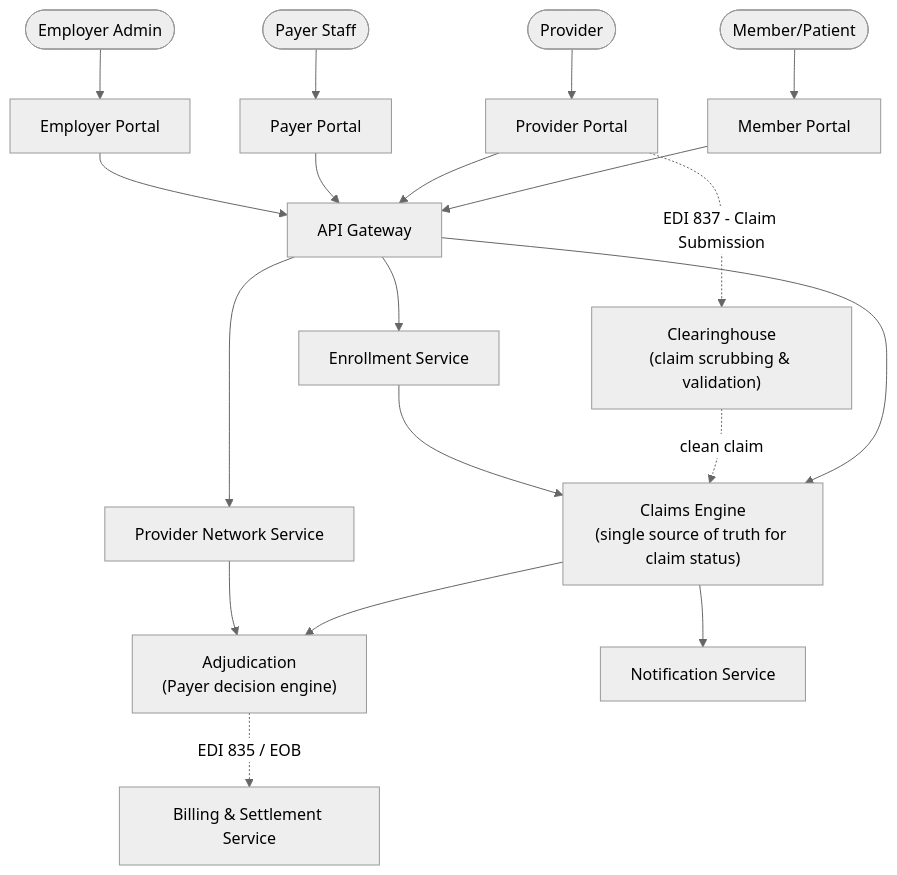
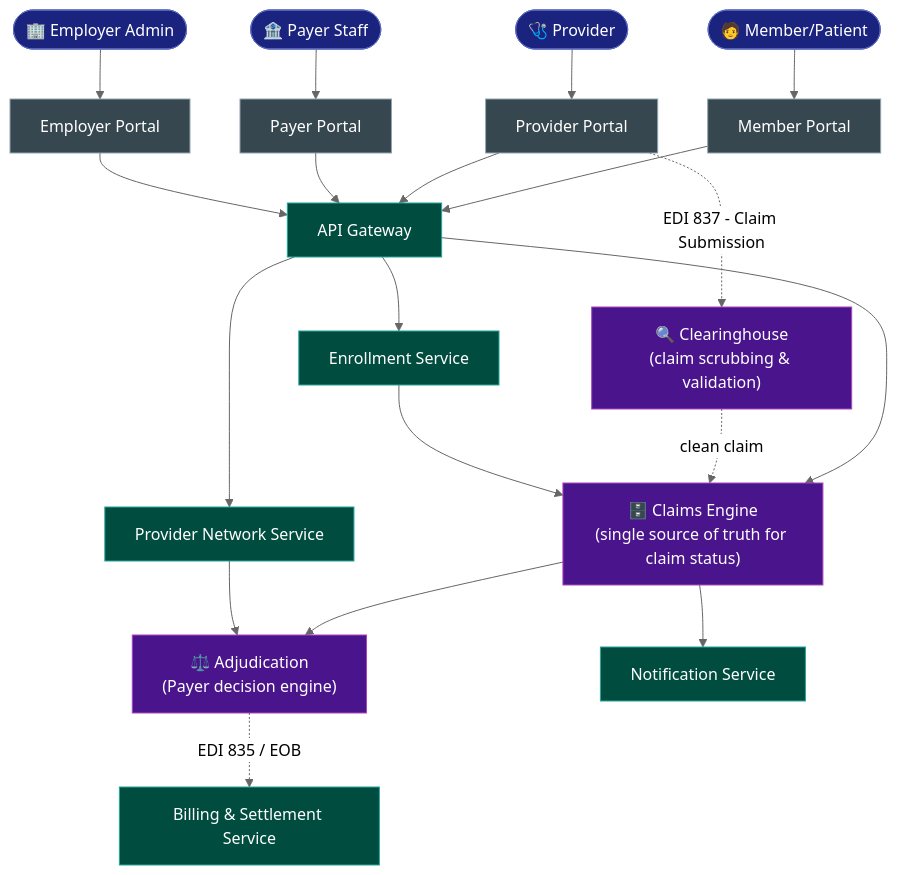
The first of 5 diagrams in docs/architecture-and-flow.md (ghanendra-sdet/healthcare-insurance-platform), drawn with Mermaid (neutral theme) before and after one commit. The commit also changed other lines of this file and 1 other file, not shown here.

Commit message:
docs: enrich architecture and tech-and-skills diagrams

````diff
--- a/docs/architecture-and-flow.md
+++ b/docs/architecture-and-flow.md
@@ -12,24 +13,34 @@
 ```mermaid
 flowchart TD
-    Member([Member/Patient]) --> MP["Member Portal"]
-    Provider([Provider]) --> PP["Provider Portal"]
-    PayerStaff([Payer Staff]) --> PayP["Payer Portal"]
-    EmpAdmin([Employer Admin]) --> EP["Employer Portal"]
+    Member(["🧑 Member/Patient"]) --> MP["Member Portal"]
+    Provider(["🩺 Provider"]) --> PP["Provider Portal"]
+    PayerStaff(["🏦 Payer Staff"]) --> PayP["Payer Portal"]
+    EmpAdmin(["🏢 Employer Admin"]) --> EP["Employer Portal"]
 
     MP --> GW["API Gateway"]
     PP --> GW
     PayP --> GW
     EP --> GW
 
     GW --> Enroll["Enrollment Service"]
-    GW --> CE["Claims Engine<br/>(single source of truth for claim status)"]
+    GW --> CE["🗄️ Claims Engine<br/>(single source of truth for claim status)"]
     GW --> Network["Provider Network Service"]
 
-    PP -.EDI 837 - Claim Submission.-> CH["Clearinghouse<br/>(claim scrubbing & validation)"]
+    PP -.EDI 837 - Claim Submission.-> CH["🔍 Clearinghouse<br/>(claim scrubbing & validation)"]
     CH -.clean claim.-> CE
-    CE --> Adj["Adjudication<br/>(Payer decision engine)"]
+    CE --> Adj["⚖️ Adjudication<br/>(Payer decision engine)"]
     Adj -.EDI 835 / EOB.-> Billing["Billing & Settlement Service"]
     CE --> Notif["Notification Service"]
     Enroll --> CE
     Network --> Adj
+
+    classDef person fill:#1a237e,color:#fff,stroke:#5c6bc0,stroke-width:1px
+    classDef portal fill:#37474f,color:#fff,stroke:#90a4ae,stroke-width:1px
+    classDef service fill:#004d40,color:#fff,stroke:#26a69a,stroke-width:1px
+    classDef gate fill:#4a148c,color:#fff,stroke:#ab47bc,stroke-width:1px
+
+    class Member,Provider,PayerStaff,EmpAdmin person
+    class MP,PP,PayP,EP portal
+    class GW,Enroll,Network,Billing,Notif service
+    class CH,CE,Adj gate
 ```
````
